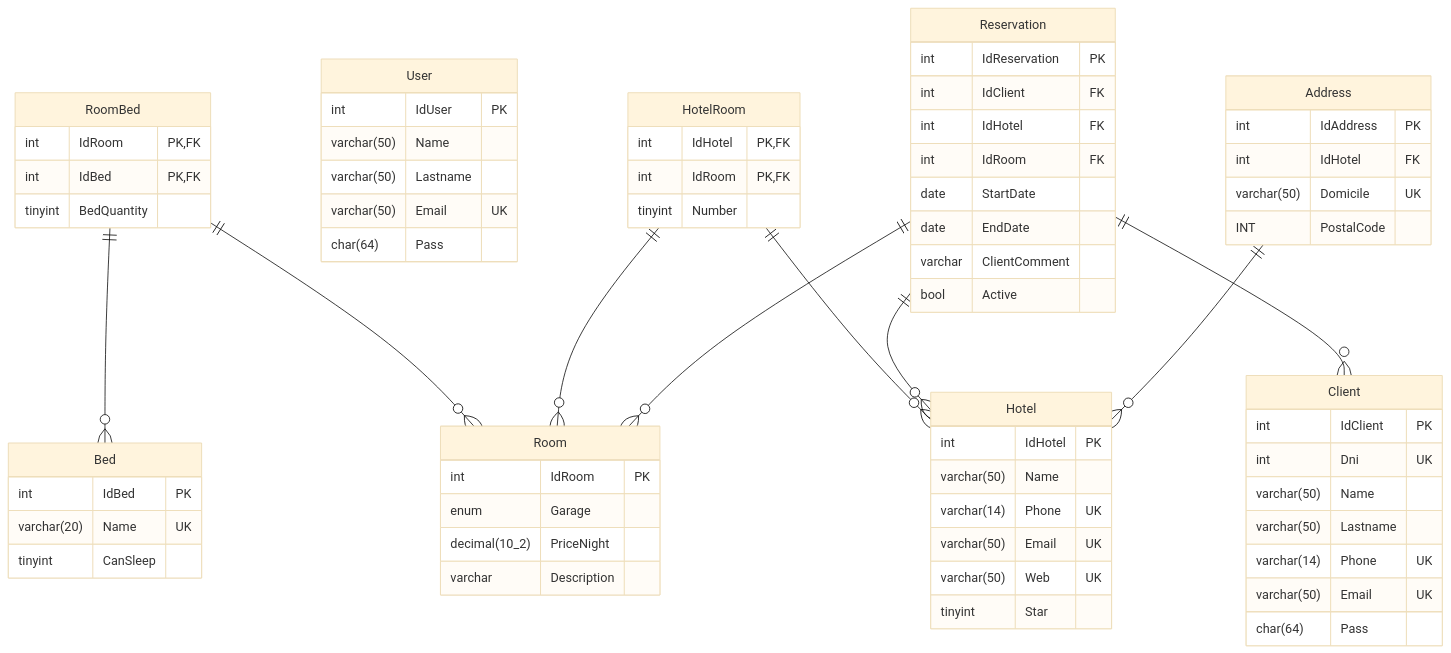
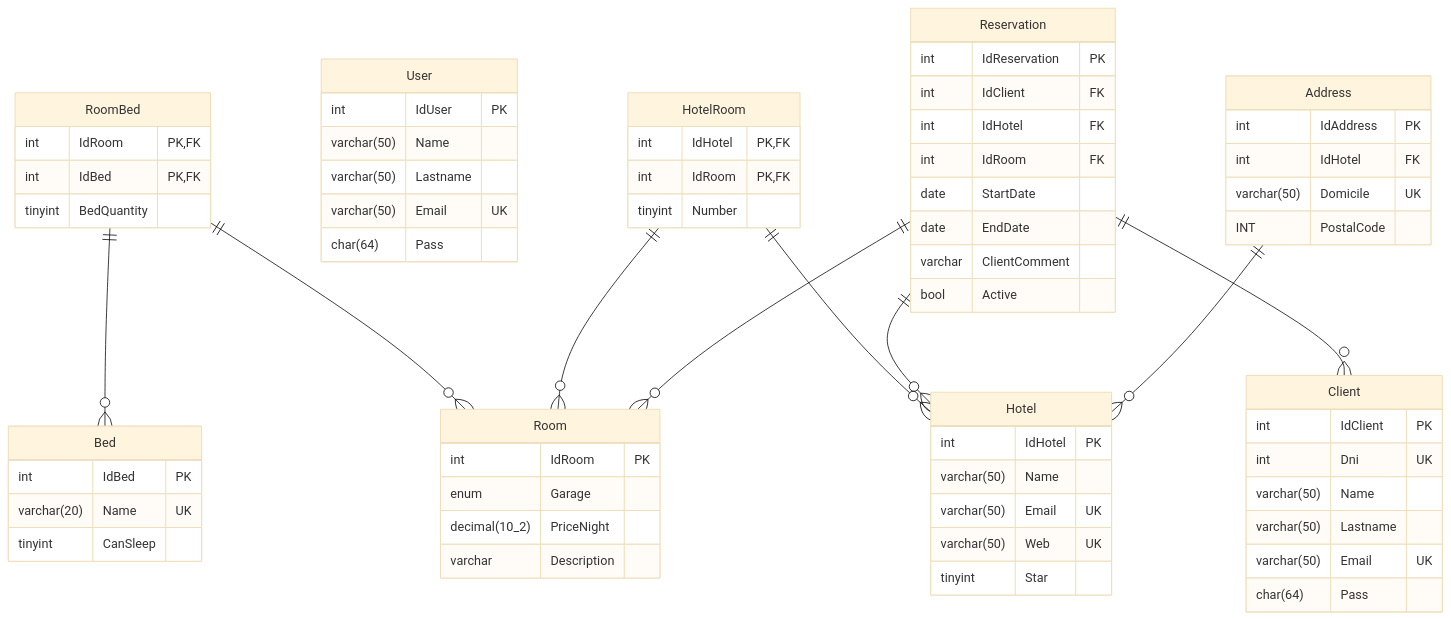
One commit to Ramon-Ariel-ET12/HospedApp changed the diagram in MySQL/DER.md. Above: the diagram before and after it, drawn with Mermaid (base theme). The commit also changed 24 other files, not shown here.

```diff
--- a/MySQL/DER.md
+++ b/MySQL/DER.md
@@ -39,7 +39,6 @@
     int Dni UK
     varchar(50) Name
     varchar(50) Lastname
-    varchar(14) Phone UK
     varchar(50) Email UK
     char(64) Pass
 }
@@ -47,7 +46,6 @@
 Hotel{
     int IdHotel PK
     varchar(50) Name
-    varchar(14) Phone UK
     varchar(50) Email UK
     varchar(50) Web UK
     tinyint Star
```
